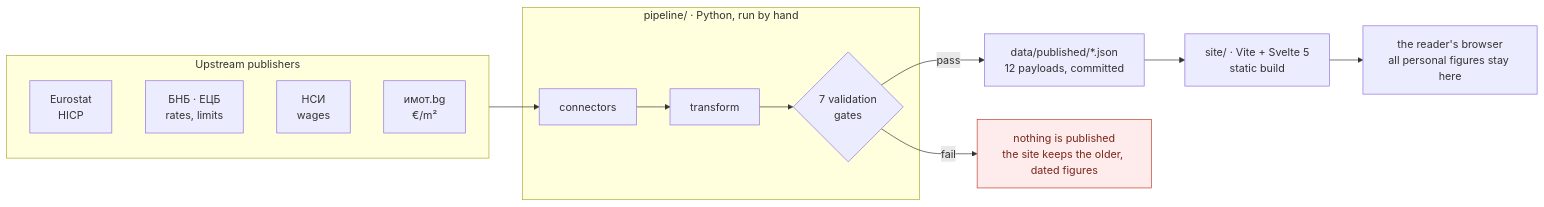
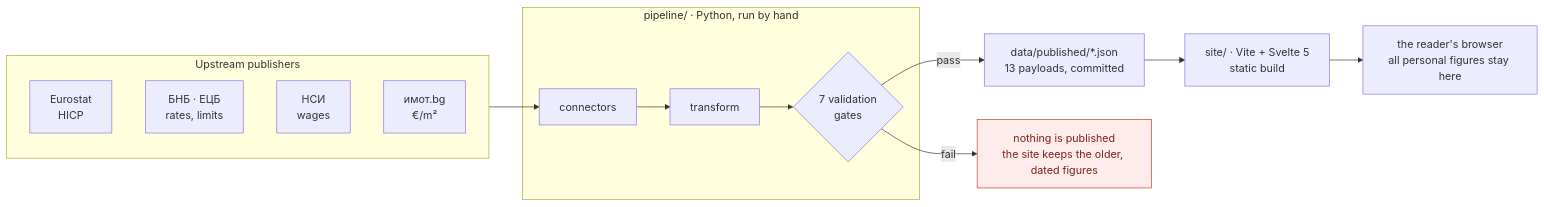
One commit to vyarno-bg/vyarno changed the diagram in README.md. Above: the diagram before and after it, drawn with Mermaid. The commit also changed other lines of this file and 23 other files, not shown here.

````diff
--- a/README.md
+++ b/README.md
@@ -128,25 +128,25 @@
 ```mermaid
 flowchart LR
   subgraph up["Upstream publishers"]
     E["Eurostat<br/>HICP"]
     B["БНБ · ЕЦБ<br/>rates, limits"]
     N["НСИ<br/>wages"]
     I["имот.bg<br/>€/m²"]
   end
 
   subgraph pipe["pipeline/ · Python, run by hand"]
     C["connectors"] --> T["transform"] --> G{"7 validation<br/>gates"}
   end
 
-  J["data/published/*.json<br/>12 payloads, committed"]
+  J["data/published/*.json<br/>13 payloads, committed"]
   S["site/ · Vite + Svelte 5<br/>static build"]
   U["the reader's browser<br/>all personal figures stay here"]
 
   up --> C
   G -->|"pass"| J
   G -->|"fail"| X["nothing is published<br/>the site keeps the older, dated figures"]
   J --> S --> U
 
   classDef stop fill:#fdeceb,stroke:#c0392b,color:#7b241c;
   class X stop;
 ```
````
